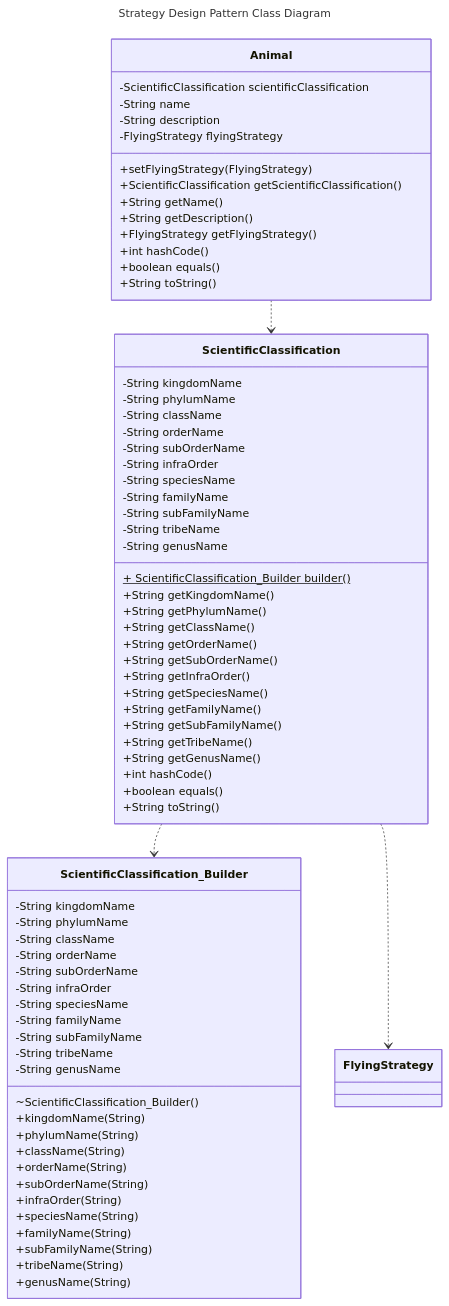
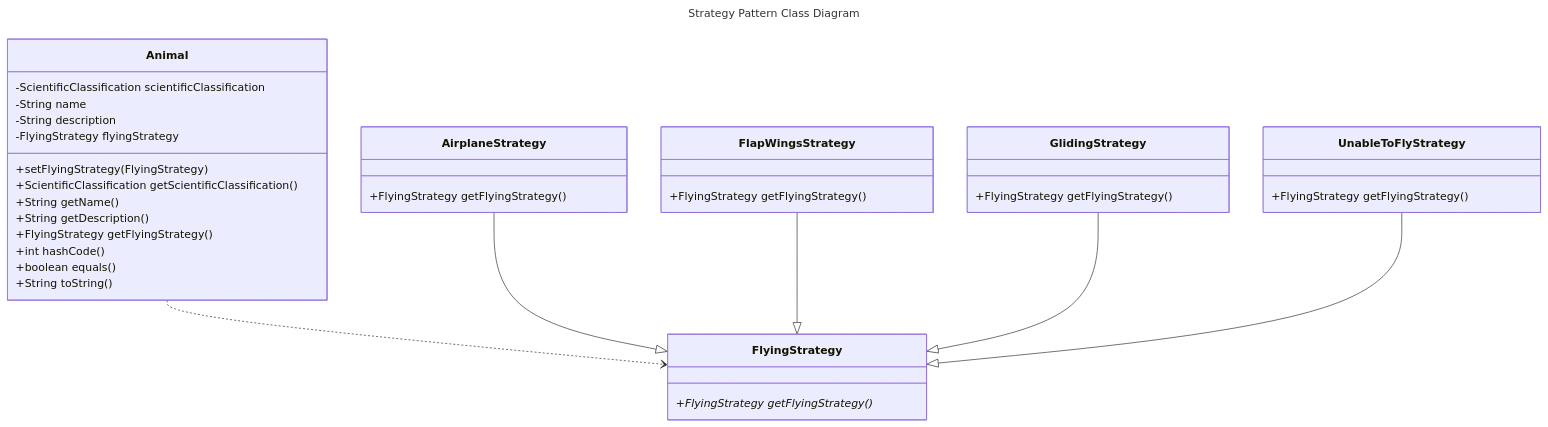
One commit to codingchica/DesignPatterns changed the diagram in src/main/java/codingchica/patterns/behavioral/strategy/README.md. Above: the diagram before and after it, drawn with Mermaid. The commit also changed 1 other file, not shown here.

Commit message:
Documentation:  Factory & Strategy Patterns

````diff
--- a/src/main/java/codingchica/patterns/behavioral/strategy/README.md
+++ b/src/main/java/codingchica/patterns/behavioral/strategy/README.md
@@ -3,77 +3,41 @@
 ```mermaid
 ---
-title: Strategy Design Pattern Class Diagram
+title: Strategy Pattern Class Diagram
 ---
 classDiagram
-    Animal ..> ScientificClassification
-    ScientificClassification ..> ScientificClassification_Builder
-    ScientificClassification ..> FlyingStrategy
-    class ScientificClassification {
-        -String kingdomName
-        -String phylumName
-        -String className
-        -String orderName
-        -String subOrderName
-        -String infraOrder
-        -String speciesName
-        -String familyName
-        -String subFamilyName
-        -String tribeName
-        -String genusName
-        + ScientificClassification_Builder builder()$
-        +String getKingdomName()
-        +String getPhylumName()
-        +String getClassName()
-        +String getOrderName()
-        +String getSubOrderName()
-        +String getInfraOrder()
-        +String getSpeciesName()
-        +String getFamilyName()
-        +String getSubFamilyName()
-        +String getTribeName()
-        +String getGenusName()
-        +int hashCode()
-        +boolean equals()
-        +String toString()
+    Animal ..> FlyingStrategy
+    AirplaneStrategy --|>  FlyingStrategy
+    FlapWingsStrategy --|> FlyingStrategy
+    GlidingStrategy --|> FlyingStrategy
+    UnableToFlyStrategy --|> FlyingStrategy
+    class FlyingStrategy {
+        +FlyingStrategy getFlyingStrategy()*
     }
-    class ScientificClassification_Builder {
-        -String kingdomName
-        -String phylumName
-        -String className
-        -String orderName
-        -String subOrderName
-        -String infraOrder
-        -String speciesName
-        -String familyName
-        -String subFamilyName
-        -String tribeName
-        -String genusName
-        ~ScientificClassification_Builder()
-        +kingdomName(String)
-        +phylumName(String)
-        +className(String)
-        +orderName(String)
-        +subOrderName(String)
-        +infraOrder(String)
-        +speciesName(String)
-        +familyName(String)
-        +subFamilyName(String)
-        +tribeName(String)
-        +genusName(String)
+    class AirplaneStrategy {
+        +FlyingStrategy getFlyingStrategy()
     }
-    class Animal{
+    class FlapWingsStrategy {
+        +FlyingStrategy getFlyingStrategy()
+    }
+    class GlidingStrategy {
+        +FlyingStrategy getFlyingStrategy()
+    }
+    class UnableToFlyStrategy {
+        +FlyingStrategy getFlyingStrategy()
+    }
+    class Animal {
         -ScientificClassification scientificClassification
         -String name
         -String description
         -FlyingStrategy flyingStrategy
         +setFlyingStrategy(FlyingStrategy)
         +ScientificClassification getScientificClassification()
         +String getName()
         +String getDescription()
         +FlyingStrategy getFlyingStrategy()
         +int hashCode()
         +boolean equals()
         +String toString()
     }
 
 ```
````
